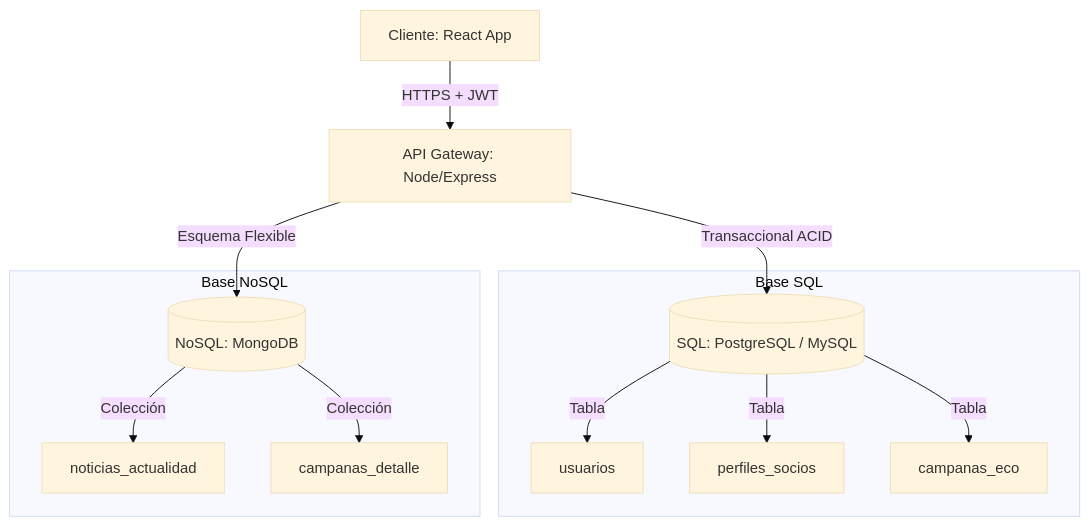
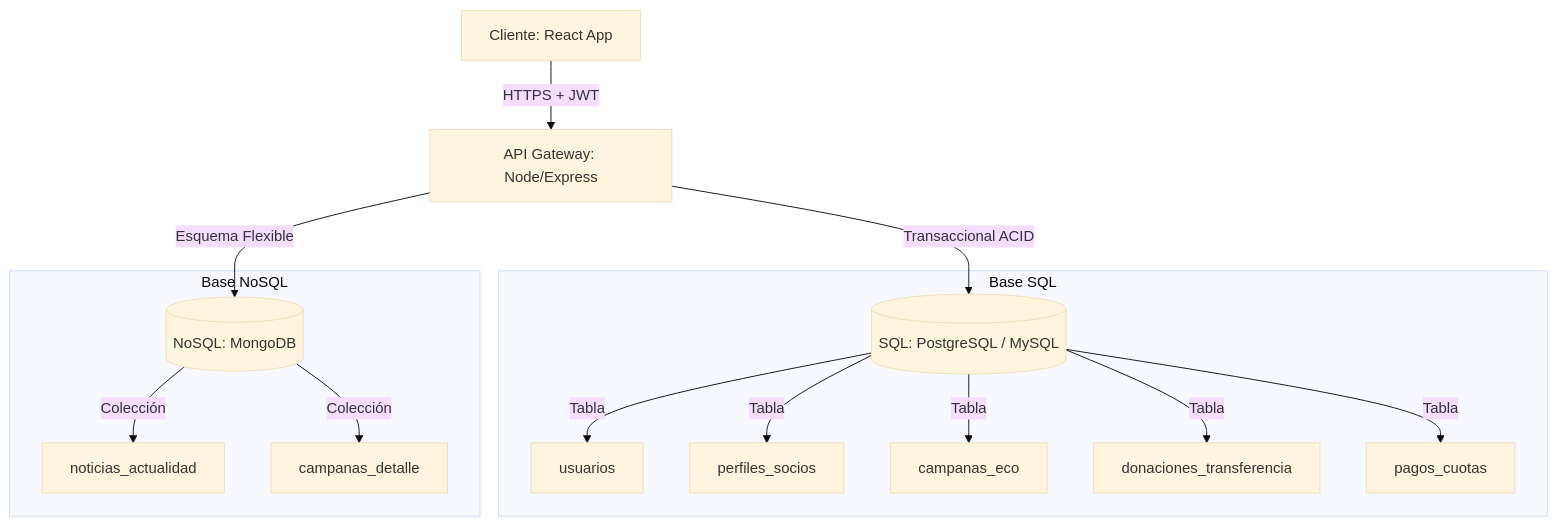
The first of 4 diagrams in README.md (AramisPrieto/cooperadora-hospital1), drawn with Mermaid (base theme) before and after one commit. The commit also changed other lines of this file and 1 other file, not shown here.

````diff
--- a/README.md
+++ b/README.md
@@ -55,17 +57,19 @@
 ```mermaid
 graph TD
     Cliente[Cliente: React App] -->|HTTPS + JWT| Backend[API Gateway: Node/Express]
     Backend -->|Transaccional ACID| SQL[(SQL: PostgreSQL / MySQL)]
     Backend -->|Esquema Flexible| NoSQL[(NoSQL: MongoDB)]
     
     subgraph Base SQL
         SQL -->|Tabla| users[usuarios]
         SQL -->|Tabla| members[perfiles_socios]
         SQL -->|Tabla| campaigns[campanas_eco]
+        SQL -->|Tabla| transfers[donaciones_transferencia]
+        SQL -->|Tabla| payments[pagos_cuotas]
     end
     
     subgraph Base NoSQL
         NoSQL -->|Colección| news[noticias_actualidad]
         NoSQL -->|Colección| enrich[campanas_detalle]
     end
 ```
````
